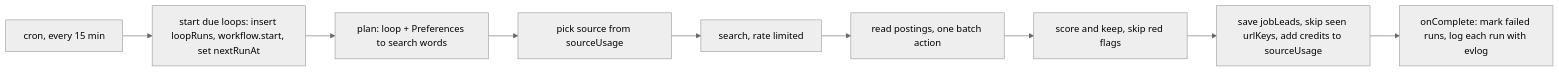
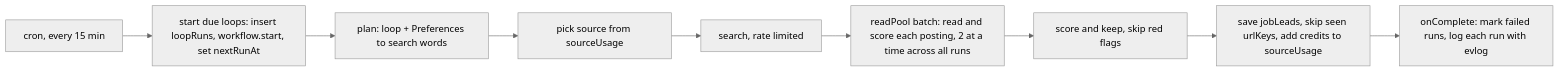
The eighth of 9 diagrams in docs/database-design.md (saranatour1/job-tracking-helper), drawn with Mermaid (neutral theme) before and after one commit. The commit also changed other lines of this file and 19 other files, not shown here.

First line of the commit message:
feat(loops): set up a loop as its run's steps, read through a batch worker

````diff
--- a/docs/database-design.md
+++ b/docs/database-design.md
@@ -420,11 +421,11 @@
 ```mermaid
 flowchart LR
     C[cron, every 15 min] --> D[start due loops: insert loopRuns, workflow.start, set nextRunAt]
     D --> P[plan: loop + Preferences to search words]
     P --> S[pick source from sourceUsage]
     S --> Q[search, rate limited]
-    Q --> R[read postings, one batch action]
+    Q --> R[readPool batch: read and score each posting, 2 at a time across all runs]
     R --> K[score and keep, skip red flags]
     K --> V[save jobLeads, skip seen urlKeys, add credits to sourceUsage]
     V --> O[onComplete: mark failed runs, log each run with evlog]
 ```
````
